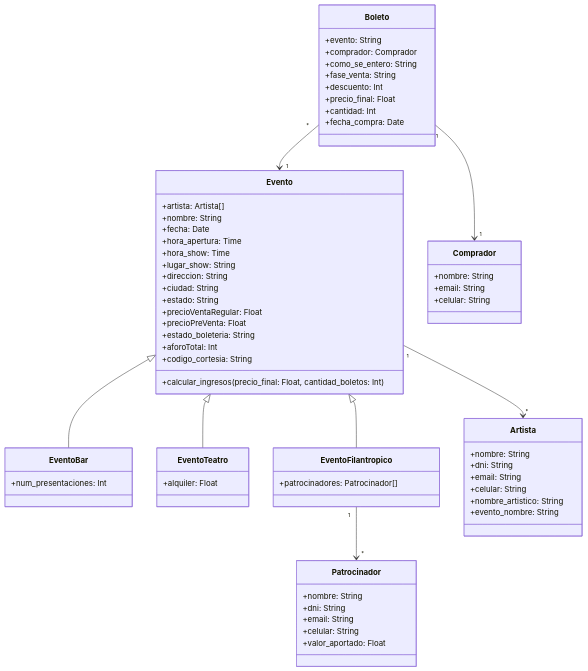
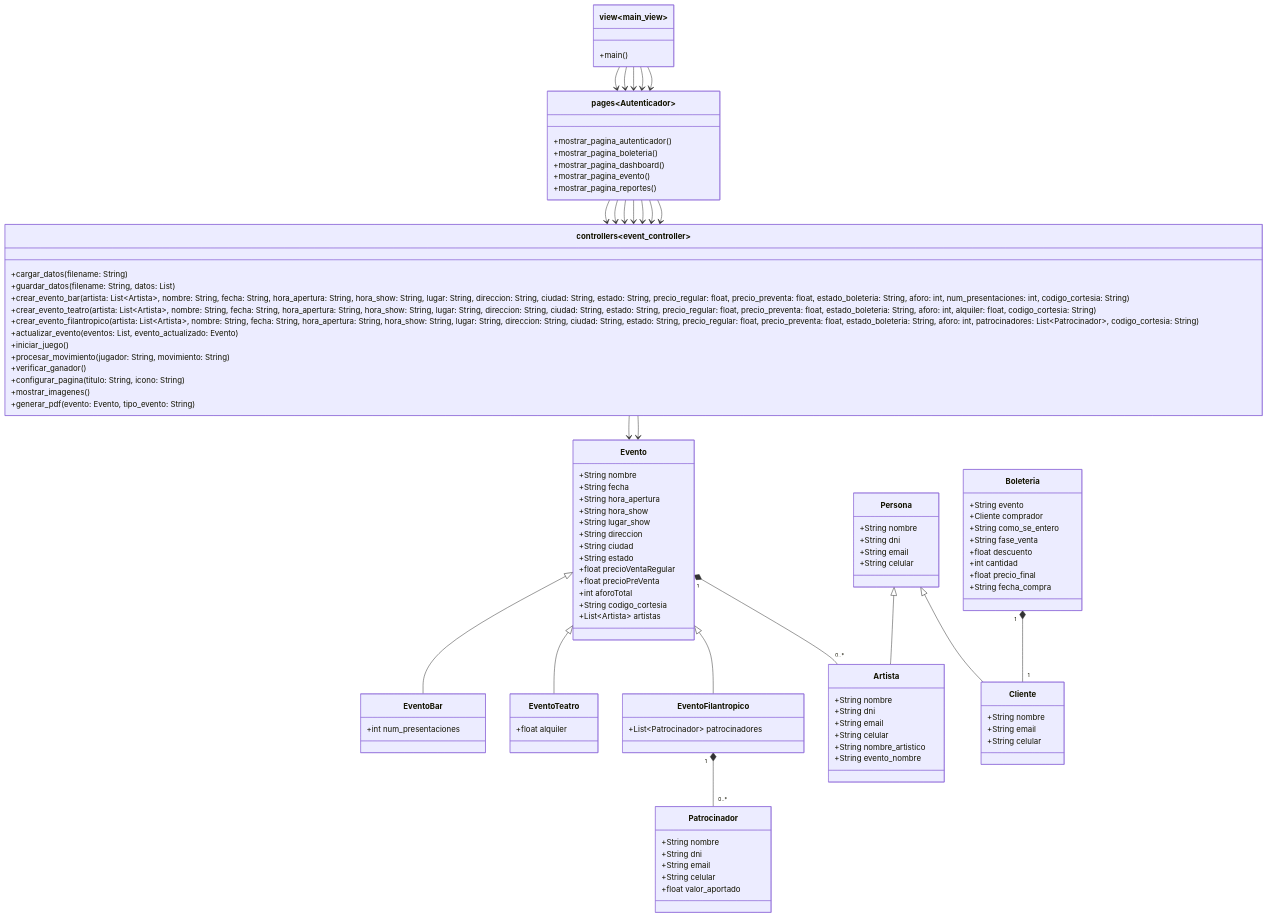
One commit to 300CIS017-Object-Oriented-Programming/0-2-proyecto-segunda-parte-juan-canchala-y-samuel-troncoso changed the diagram in README.md. Above: the diagram before and after it, drawn with Mermaid. The commit also changed 15 other files, not shown here.

````diff
--- a/README.md
+++ b/README.md
@@ -10,75 +10,143 @@
 ```mermaid
 classDiagram
     class Evento {
-        +artista: Artista[]
-        +nombre: String
-        +fecha: Date
-        +hora_apertura: Time
-        +hora_show: Time
-        +lugar_show: String
-        +direccion: String
-        +ciudad: String
-        +estado: String
-        +precioVentaRegular: Float
-        +precioPreVenta: Float
-        +estado_boleteria: String
-        +aforoTotal: Int
-        +codigo_cortesia: String
-        +calcular_ingresos(precio_final: Float, cantidad_boletos: Int)
+        +String nombre
+        +String fecha
+        +String hora_apertura
+        +String hora_show
+        +String lugar_show
+        +String direccion
+        +String ciudad
+        +String estado
+        +float precioVentaRegular
+        +float precioPreVenta
+        +int aforoTotal
+        +String codigo_cortesia
+        +List~Artista~ artistas
+    }
+
+    class Artista {
+        +String nombre
+        +String dni
+        +String email
+        +String celular
+        +String nombre_artistico
+        +String evento_nombre
     }
 
     class EventoBar {
-        +num_presentaciones: Int
+        +int num_presentaciones
     }
 
     class EventoTeatro {
-        +alquiler: Float
+        +float alquiler
     }
 
     class EventoFilantropico {
-        +patrocinadores: Patrocinador[]
-    }
-
-    class Artista {
-        +nombre: String
-        +dni: String
-        +email: String
-        +celular: String
-        +nombre_artistico: String
-        +evento_nombre: String
+        +List~Patrocinador~ patrocinadores
     }
 
     class Patrocinador {
-        +nombre: String
-        +dni: String
-        +email: String
-        +celular: String
-        +valor_aportado: Float
+        +String nombre
+        +String dni
+        +String email
+        +String celular
+        +float valor_aportado
     }
 
-    class Boleto {
-        +evento: String
-        +comprador: Comprador
-        +como_se_entero: String
-        +fase_venta: String
-        +descuento: Int
-        +precio_final: Float
-        +cantidad: Int
-        +fecha_compra: Date
+    class Persona {
+        +String nombre
+        +String dni
+        +String email
+        +String celular
     }
 
-    class Comprador {
-        +nombre: String
-        +email: String
-        +celular: String
+    class Cliente {
+        +String nombre
+        +String email
+        +String celular
+    }
+
+    class Boleteria {
+        +String evento
+        +Cliente comprador
+        +String como_se_entero
+        +String fase_venta
+        +float descuento
+        +int cantidad
+        +float precio_final
+        +String fecha_compra
+    }
+
+    class controllers~event_controller~ {
+        +cargar_datos(filename: String)
+        +guardar_datos(filename: String, datos: List)
+        +crear_evento_bar(artista: List~Artista~, nombre: String, fecha: String, hora_apertura: String, hora_show: String, lugar: String, direccion: String, ciudad: String, estado: String, precio_regular: float, precio_preventa: float, estado_boleteria: String, aforo: int, num_presentaciones: int, codigo_cortesia: String)
+        +crear_evento_teatro(artista: List~Artista~, nombre: String, fecha: String, hora_apertura: String, hora_show: String, lugar: String, direccion: String, ciudad: String, estado: String, precio_regular: float, precio_preventa: float, estado_boleteria: String, aforo: int, alquiler: float, codigo_cortesia: String)
+        +crear_evento_filantropico(artista: List~Artista~, nombre: String, fecha: String, hora_apertura: String, hora_show: String, lugar: String, direccion: String, ciudad: String, estado: String, precio_regular: float, precio_preventa: float, estado_boleteria: String, aforo: int, patrocinadores: List~Patrocinador~, codigo_cortesia: String)
+        +actualizar_evento(eventos: List, evento_actualizado: Evento)
+    }
+
+    class controllers~game_controller~ {
+        +iniciar_juego()
+        +procesar_movimiento(jugador: String, movimiento: String)
+        +verificar_ganador()
+    }
+
+    class controllers~gui_controller~ {
+        +configurar_pagina(titulo: String, icono: String)
+        +mostrar_imagenes()
+    }
+
+    class controllers~pdf_controller~ {
+        +generar_pdf(evento: Evento, tipo_evento: String)
+    }
+
+    class pages~Autenticador~ {
+        +mostrar_pagina_autenticador()
+    }
+
+    class pages~Boleteria~ {
+        +mostrar_pagina_boleteria()
+    }
+
+    class pages~Dashboard~ {
+        +mostrar_pagina_dashboard()
+    }
+
+    class pages~Evento~ {
+        +mostrar_pagina_evento()
+    }
+
+    class pages~Reportes~ {
+        +mostrar_pagina_reportes()
+    }
+
+    class view~main_view~ {
+        +main()
     }
 
     Evento <|-- EventoBar
     Evento <|-- EventoTeatro
     Evento <|-- EventoFilantropico
-    Evento "1" --> "*" Artista
-    EventoFilantropico "1" --> "*" Patrocinador
-    Boleto "1" --> "1" Comprador
-    Boleto "*" --> "1" Evento
+    Evento "1" *-- "0..*" Artista
+    EventoFilantropico "1" *-- "0..*" Patrocinador
+    Persona <|-- Artista
+    Persona <|-- Cliente
+    Boleteria "1" *-- "1" Cliente
+    controllers~event_controller~ --> Evento
+    controllers~pdf_controller~ --> Evento
+    pages~Evento~ --> controllers~event_controller~
+    pages~Boleteria~ --> controllers~event_controller~
+    pages~Dashboard~ --> controllers~event_controller~
+    pages~Reportes~ --> controllers~event_controller~
+    pages~Evento~ --> controllers~pdf_controller~
+    pages~Boleteria~ --> controllers~pdf_controller~
+    view~main_view~ --> pages~Evento~
+    view~main_view~ --> pages~Boleteria~
+    view~main_view~ --> pages~Dashboard~
+    view~main_view~ --> pages~Reportes~
+    view~main_view~ --> pages~Autenticador~
+    pages~Evento~ --> controllers~gui_controller~
 
 ```
````
